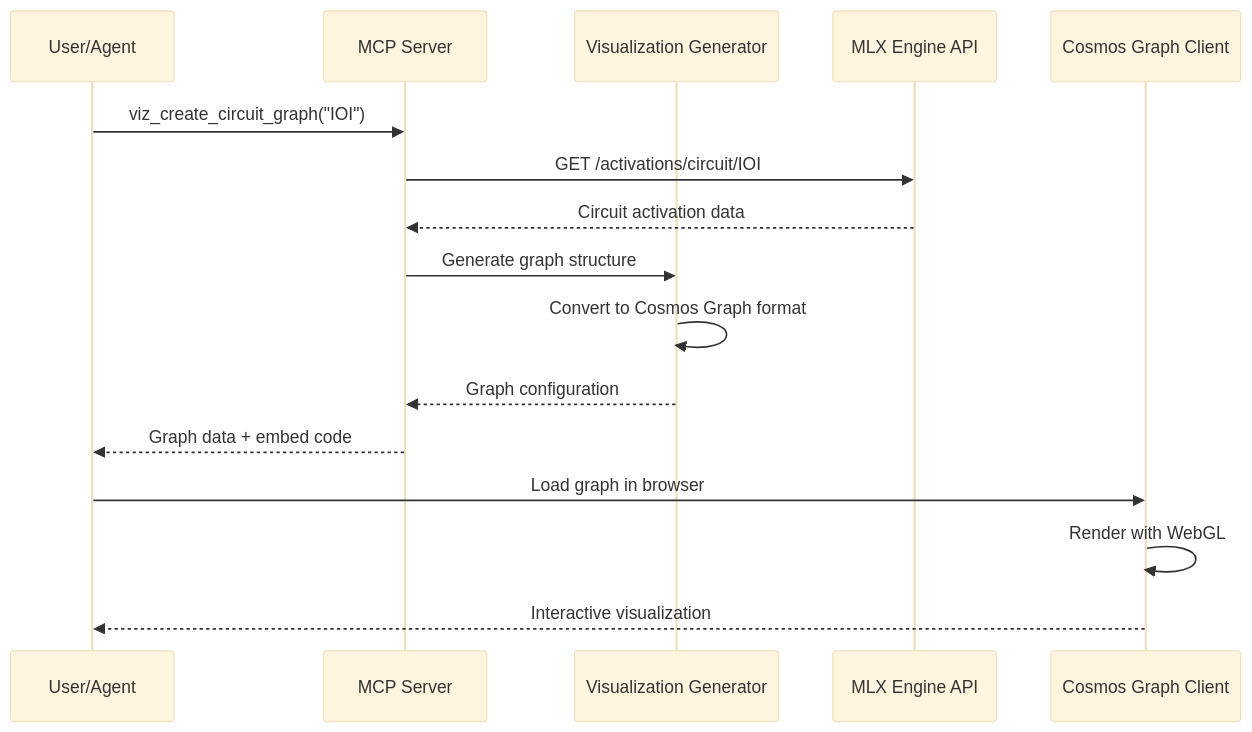
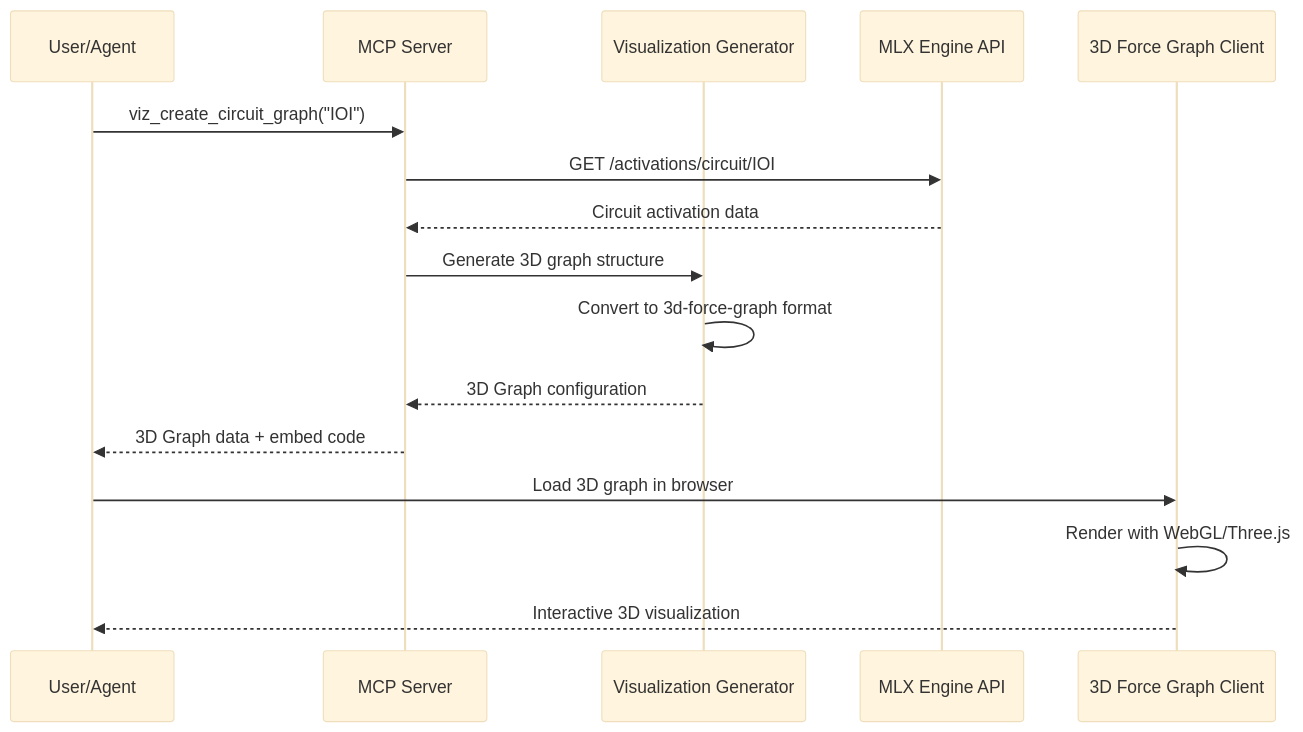
The second of 2 diagrams in .kiro/specs/visualization/design.md (ccrraaiigg/mlx-engine-neuroscope), drawn with Mermaid (base theme) before and after one commit. The commit also changed other lines of this file and 11 other files, not shown here.

````diff
--- a/.kiro/specs/visualization/design.md
+++ b/.kiro/specs/visualization/design.md
@@ -94,19 +94,19 @@
 ```mermaid
 sequenceDiagram
     participant User as User/Agent
     participant MCP as MCP Server
     participant VG as Visualization Generator
     participant MLX as MLX Engine API
-    participant CG as Cosmos Graph Client
+    participant FG as 3D Force Graph Client
     
     User->>MCP: viz_create_circuit_graph("IOI")
     MCP->>MLX: GET /activations/circuit/IOI
     MLX-->>MCP: Circuit activation data
-    MCP->>VG: Generate graph structure
-    VG->>VG: Convert to Cosmos Graph format
-    VG-->>MCP: Graph configuration
-    MCP-->>User: Graph data + embed code
-    User->>CG: Load graph in browser
-    CG->>CG: Render with WebGL
-    CG-->>User: Interactive visualization
+    MCP->>VG: Generate 3D graph structure
+    VG->>VG: Convert to 3d-force-graph format
+    VG-->>MCP: 3D Graph configuration
+    MCP-->>User: 3D Graph data + embed code
+    User->>FG: Load 3D graph in browser
+    FG->>FG: Render with WebGL/Three.js
+    FG-->>User: Interactive 3D visualization
 ```
````
